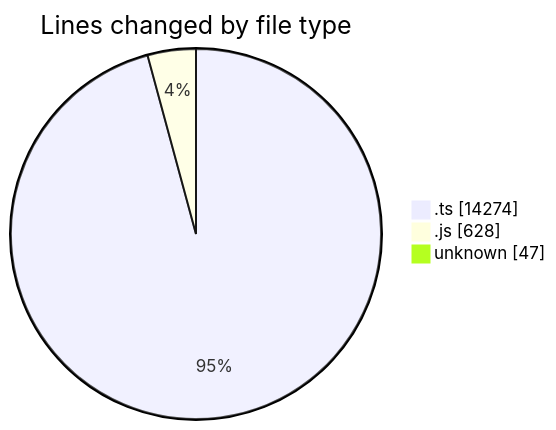
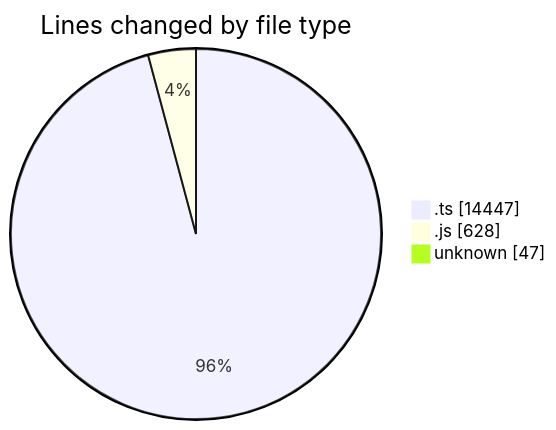
The first of 2 diagrams in 2025-09-05/cda/README.md (momahboobian/code-tracking), drawn with Mermaid before and after one commit. The commit also changed other lines of this file and 1 other file, not shown here.

````diff
--- a/2025-09-05/cda/README.md
+++ b/2025-09-05/cda/README.md
@@ -27,7 +27,7 @@
 ```mermaid
 pie showData
 title Lines changed by file type
-".ts" : 14274
+".ts" : 14447
 ".js" : 628
 "unknown" : 47
 ```
````
